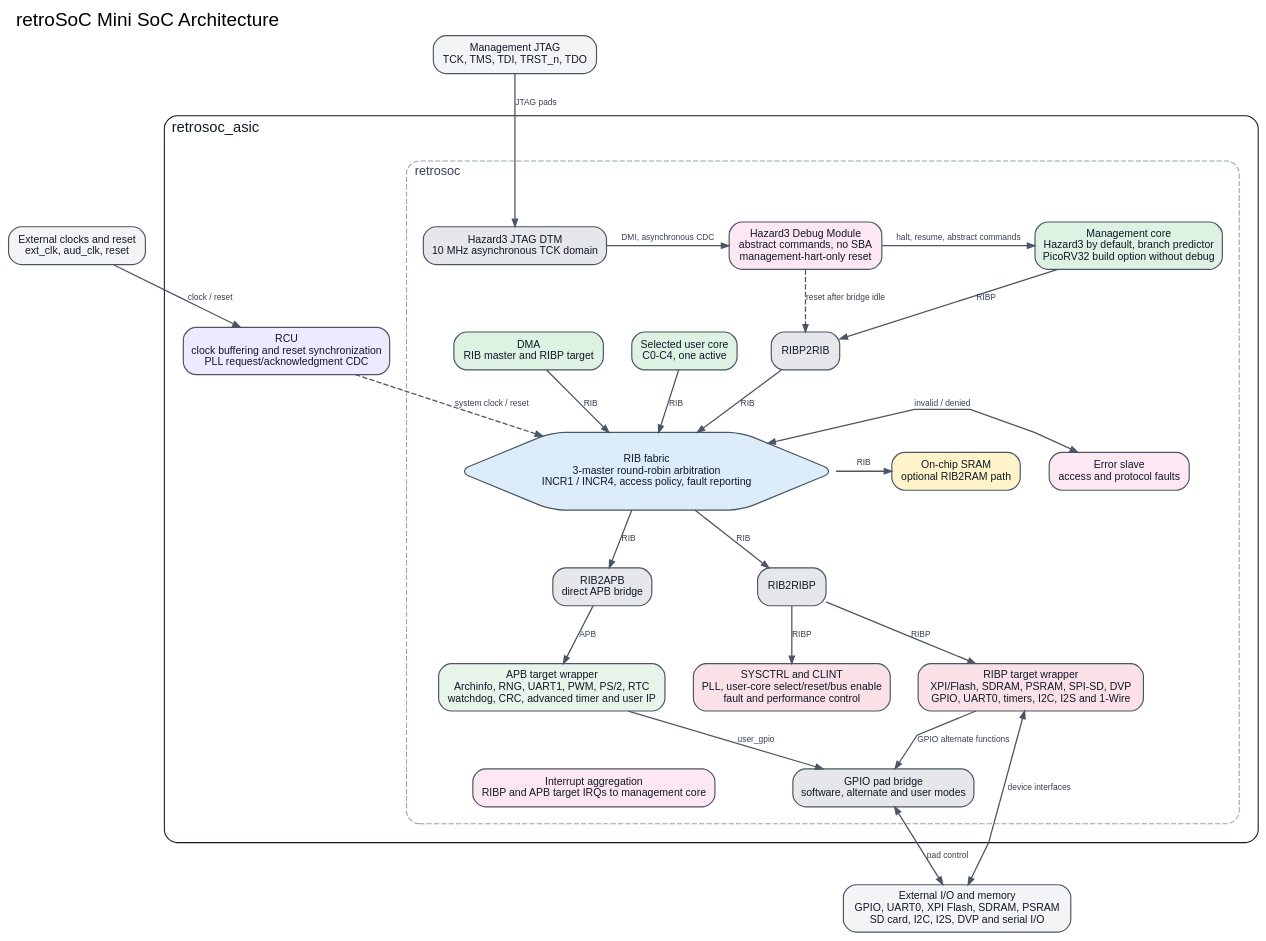
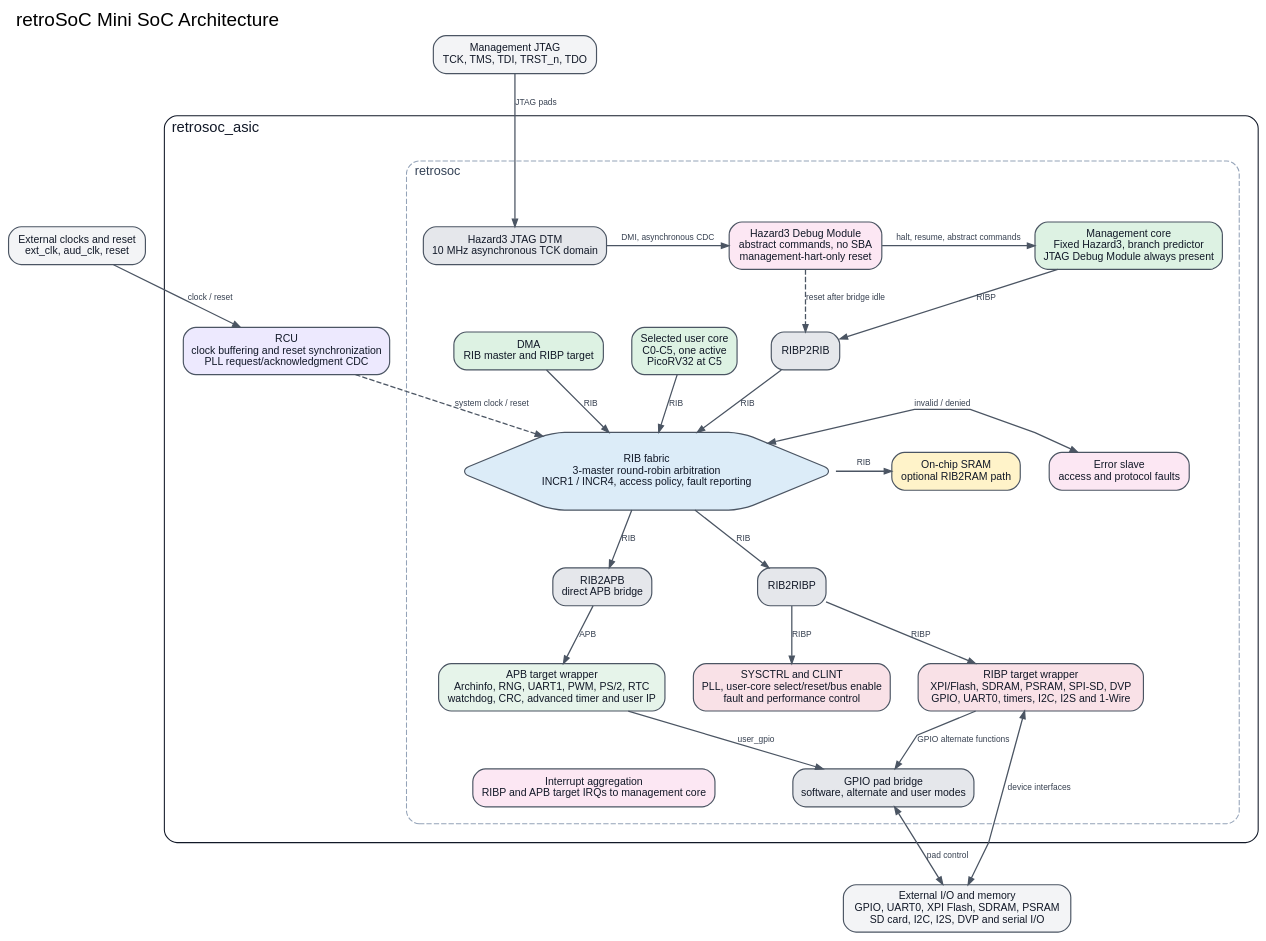
Before and after one commit to retroSoC/retroSoC: the diagram in docs/mini-soc-block-diagram.dot, drawn with Graphviz. The commit also changed 39 other files, not shown here.

```diff
--- a/docs/mini-soc-block-diagram.dot
+++ b/docs/mini-soc-block-diagram.dot
@@ -1,176 +1,176 @@
 // Mini SoC architecture overview.
 // Render with: dot -Tsvg docs/mini-soc-block-diagram.dot -o docs/mini-soc-block-diagram.svg
 // Sources of truth: rtl/mini/top/{retrosoc_asic,retrosoc,bus}.sv and
 // rtl/mini/integration/{soc_topology,user_extensions,clock_reset_domains}.json.
 digraph mini_soc_block_diagram {
   graph [
     bgcolor="transparent",
     compound=true,
     fontname="Arial",
     fontsize=18,
     label="retroSoC Mini SoC Architecture",
     labelloc="t",
     labeljust="l",
     newrank=true,
     nodesep=0.38,
     rankdir=TB,
     ranksep=0.62,
     splines=polyline
   ];
 
   node [
     color="#4B5563",
     fontcolor="#111827",
     fontname="Arial",
     fontsize=10,
     margin="0.12,0.08",
     penwidth=1.1,
     shape=box,
     style="rounded,filled"
   ];
   edge [
     arrowsize=0.7,
     color="#4B5563",
     fontcolor="#374151",
     fontname="Arial",
     fontsize=8,
     penwidth=1.2
   ];
 
   ext_clock [
     fillcolor="#F3F4F6",
     label="External clocks and reset\next_clk, aud_clk, reset"
   ];
   ext_io [
     fillcolor="#F3F4F6",
     label="External I/O and memory\nGPIO, UART0, XPI Flash, SDRAM, PSRAM\nSD card, I2C, I2S, DVP and serial I/O"
   ];
   ext_jtag [
     fillcolor="#F3F4F6",
     label="Management JTAG\nTCK, TMS, TDI, TRST_n, TDO"
   ];
 
   subgraph cluster_asic {
     color="#111827";
     fontcolor="#111827";
     fontname="Arial";
     fontsize=14;
     label="retrosoc_asic";
     margin=18;
     style="rounded";
 
     rcu [
       fillcolor="#EDE9FE",
       label="RCU\nclock buffering and reset synchronization\nPLL request/acknowledgment CDC"
     ];
 
     subgraph cluster_soc {
       color="#94A3B8";
       fontcolor="#334155";
       fontname="Arial";
       fontsize=12;
       label="retrosoc";
       margin=16;
       style="rounded,dashed";
 
       mgmt_core [
         fillcolor="#DDF2E3",
-        label="Management core\nHazard3 by default, branch predictor\nPicoRV32 build option without debug"
+        label="Management core\nFixed Hazard3, branch predictor\nJTAG Debug Module always present"
       ];
       jtag_dtm [
         fillcolor="#E5E7EB",
         label="Hazard3 JTAG DTM\n10 MHz asynchronous TCK domain"
       ];
       debug_module [
         fillcolor="#FCE7F3",
         label="Hazard3 Debug Module\nabstract commands, no SBA\nmanagement-hart-only reset"
       ];
       mgmt_adapter [
         fillcolor="#E5E7EB",
         label="RIBP2RIB"
       ];
       user_core [
         fillcolor="#DDF2E3",
-        label="Selected user core\nC0-C4, one active"
+        label="Selected user core\nC0-C5, one active\nPicoRV32 at C5"
       ];
       dma [
         fillcolor="#DDF2E3",
         label="DMA\nRIB master and RIBP target"
       ];
       fabric [
         fillcolor="#DCECF8",
         label="RIB fabric\n3-master round-robin arbitration\nINCR1 / INCR4, access policy, fault reporting",
         shape=hexagon
       ];
       fault [
         fillcolor="#FCE7F3",
         label="Error slave\naccess and protocol faults"
       ];
       sram [
         fillcolor="#FFF3C9",
         label="On-chip SRAM\noptional RIB2RAM path"
       ];
       ribp_adapter [
         fillcolor="#E5E7EB",
         label="RIB2RIBP"
       ];
       apb_adapter [
         fillcolor="#E5E7EB",
         label="RIB2APB\ndirect APB bridge"
       ];
       sysctrl [
         fillcolor="#F9E1E7",
         label="SYSCTRL and CLINT\nPLL, user-core select/reset/bus enable\nfault and performance control"
       ];
       ribp_targets [
         fillcolor="#F9E1E7",
         label="RIBP target wrapper\nXPI/Flash, SDRAM, PSRAM, SPI-SD, DVP\nGPIO, UART0, timers, I2C, I2S and 1-Wire"
       ];
       apb_targets [
         fillcolor="#E6F4EA",
         label="APB target wrapper\nArchinfo, RNG, UART1, PWM, PS/2, RTC\nwatchdog, CRC, advanced timer and user IP"
       ];
       gpio_bridge [
         fillcolor="#E5E7EB",
         label="GPIO pad bridge\nsoftware, alternate and user modes"
       ];
       irq [
         fillcolor="#FCE7F3",
         label="Interrupt aggregation\nRIBP and APB target IRQs to management core"
       ];
     }
   }
 
   { rank=same; jtag_dtm; debug_module; mgmt_core; }
   { rank=same; user_core; dma; }
   { rank=same; fault; fabric; sram; }
   { rank=same; ribp_adapter; apb_adapter; }
   { rank=same; sysctrl; ribp_targets; apb_targets; }
   { rank=same; gpio_bridge; irq; }
 
   ext_clock -> rcu [label="clock / reset"];
   ext_jtag -> jtag_dtm [label="JTAG pads"];
   rcu -> fabric [label="system clock / reset", style=dashed];
 
   jtag_dtm -> debug_module [label="DMI, asynchronous CDC"];
   debug_module -> mgmt_core [label="halt, resume, abstract commands"];
   debug_module -> mgmt_adapter [label="reset after bridge idle", style=dashed];
 
   mgmt_core -> mgmt_adapter [label="RIBP"];
   mgmt_adapter -> fabric [label="RIB"];
   user_core -> fabric [label="RIB"];
   dma -> fabric [label="RIB"];
 
   fabric -> fault [label="invalid / denied", dir=both];
   fabric -> sram [label="RIB"];
   fabric -> ribp_adapter [label="RIB"];
   fabric -> apb_adapter [label="RIB"];
   ribp_adapter -> sysctrl [label="RIBP"];
   ribp_adapter -> ribp_targets [label="RIBP"];
   apb_adapter -> apb_targets [label="APB"];
 
   ribp_targets -> gpio_bridge [label="GPIO alternate functions"];
   apb_targets -> gpio_bridge [label="user_gpio"];
   ribp_targets -> ext_io [dir=both, label="device interfaces"];
   gpio_bridge -> ext_io [dir=both, label="pad control"];
 }
```
